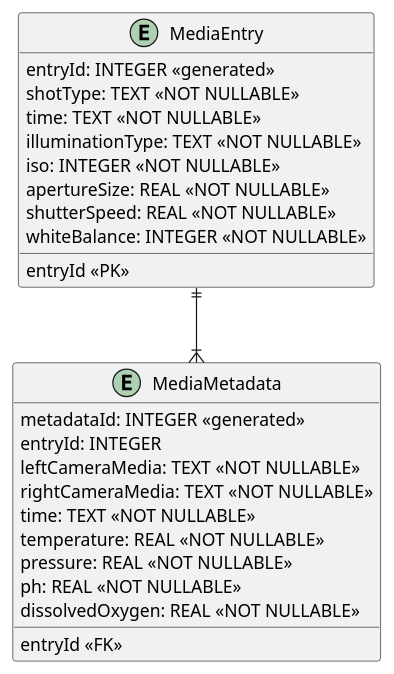
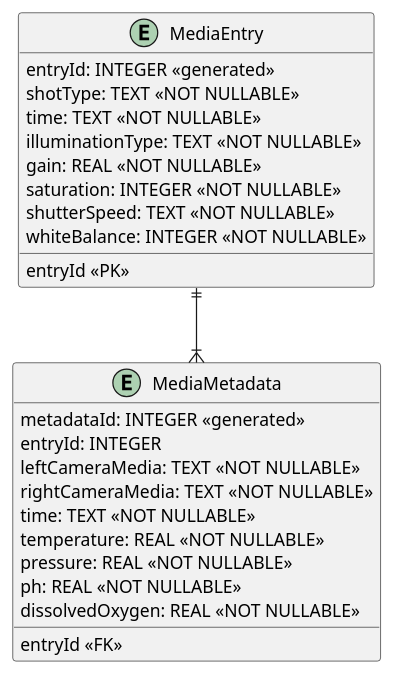
Before and after one commit to fabiomatos999/M.O.S.I.S: the diagram in Final_Report_Document/Appendix/Design_Documentation/ER_Diagram/Figures/ER_Diagram.pu, drawn with PlantUML. The commit also changed 1 other file, not shown here.

Commit message:
Update ER diagram

```diff
--- a/Final_Report_Document/Appendix/Design_Documentation/ER_Diagram/Figures/ER_Diagram.pu
+++ b/Final_Report_Document/Appendix/Design_Documentation/ER_Diagram/Figures/ER_Diagram.pu
@@ -1,29 +1,29 @@
 @startuml
 skinparam linetype ortho
 entity MediaEntry {
    entryId: INTEGER <<generated>>
    shotType: TEXT <<NOT NULLABLE>>	
    time: TEXT <<NOT NULLABLE>>	
    illuminationType: TEXT <<NOT NULLABLE>>	
-   iso: INTEGER <<NOT NULLABLE>>	
-   apertureSize: REAL <<NOT NULLABLE>>
-   shutterSpeed: REAL <<NOT NULLABLE>>
+   gain: REAL <<NOT NULLABLE>>	
+   saturation: INTEGER <<NOT NULLABLE>>
+   shutterSpeed: TEXT <<NOT NULLABLE>>
    whiteBalance: INTEGER <<NOT NULLABLE>>	
    __
    entryId <<PK>>
 }
 entity MediaMetadata {
    metadataId: INTEGER <<generated>>
    entryId: INTEGER	
    leftCameraMedia: TEXT <<NOT NULLABLE>>
    rightCameraMedia: TEXT <<NOT NULLABLE>>
    time: TEXT <<NOT NULLABLE>>
    temperature: REAL <<NOT NULLABLE>>
    pressure: REAL <<NOT NULLABLE>>
    ph: REAL <<NOT NULLABLE>>
    dissolvedOxygen: REAL <<NOT NULLABLE>>
    __
    entryId <<FK>>
 }
 MediaEntry ||--|{ MediaMetadata
 @enduml
```
